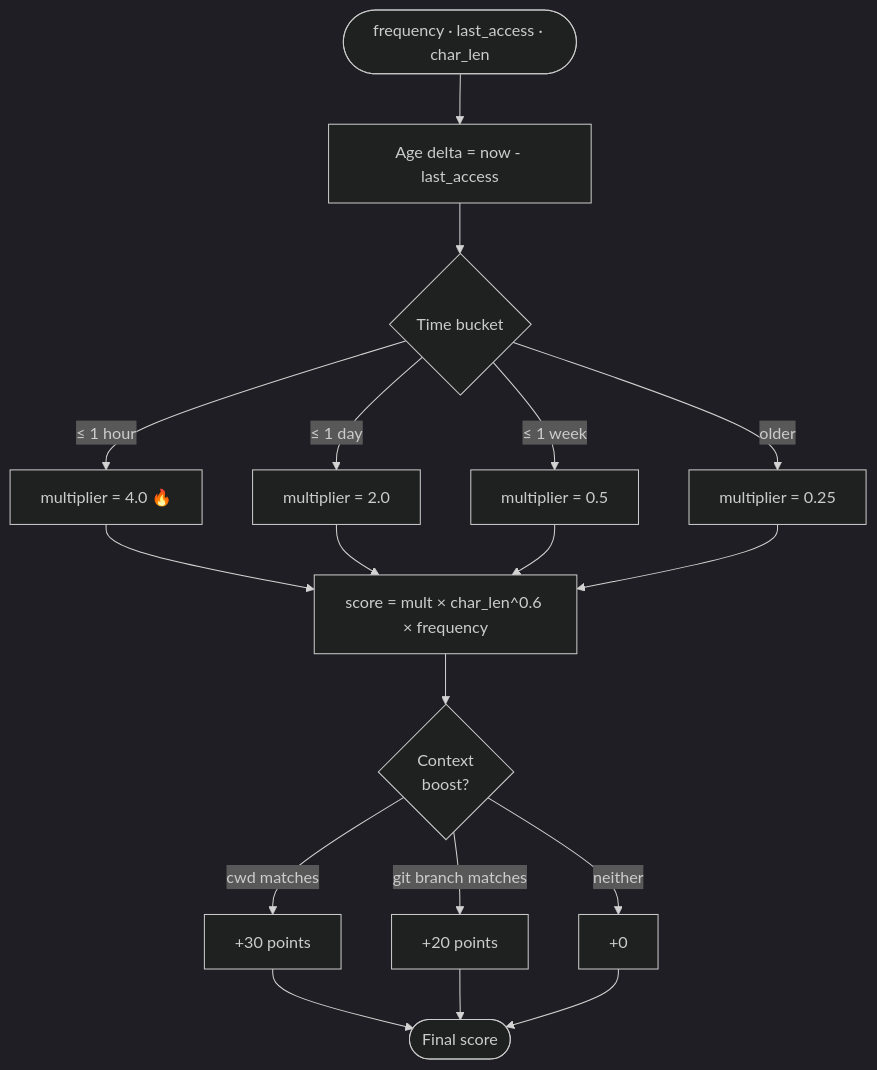
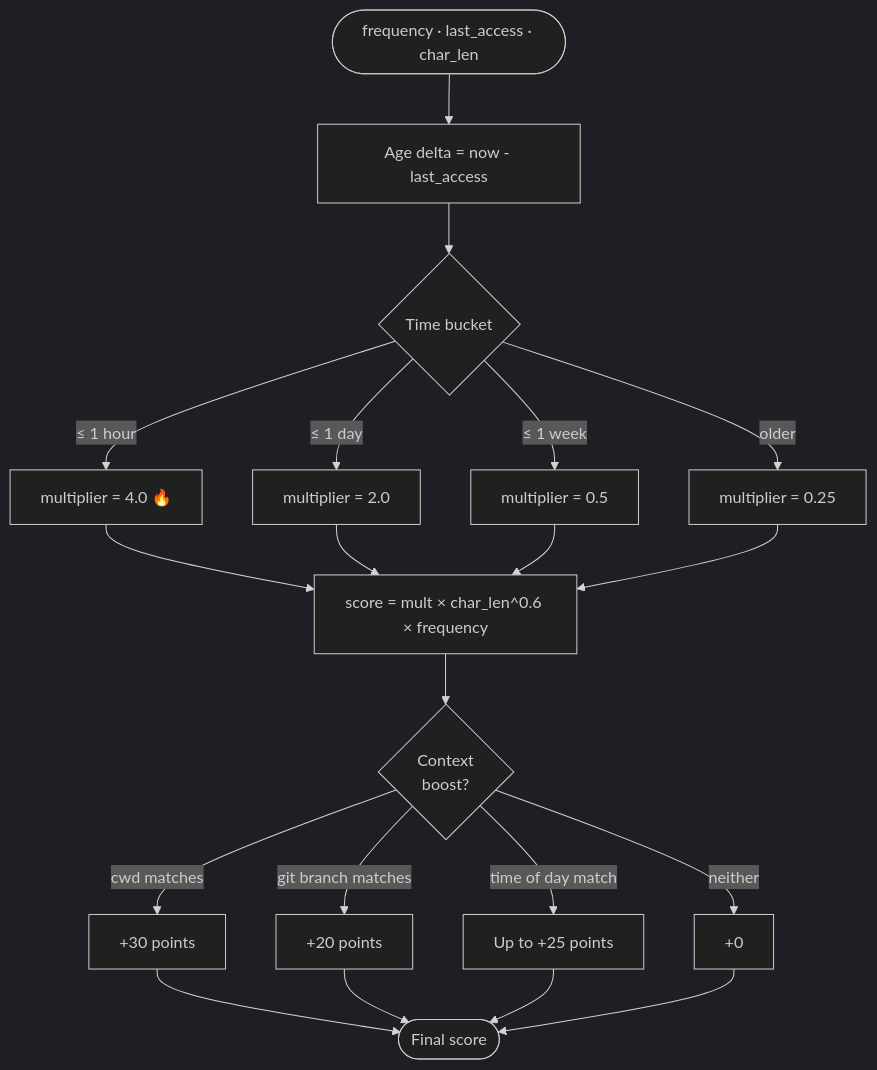
One commit to miniCoder6/AlmanX-SIE changed diagram 15 of 16 in README.md. Above: the diagram before and after it, drawn with Mermaid (dark theme). The commit also changed other lines of this file and 17 other files, not shown here.

````diff
--- a/README.md
+++ b/README.md
@@ -475,23 +472,25 @@
 ```mermaid
 flowchart TD
     INPUTS([frequency · last_access · char_len]) --> AGE[Age delta = now - last_access]
     AGE --> MULT{Time bucket}
     MULT -->|≤ 1 hour| M4["multiplier = 4.0 🔥"]
     MULT -->|≤ 1 day| M2["multiplier = 2.0"]
     MULT -->|≤ 1 week| M05["multiplier = 0.5"]
     MULT -->|older| M025["multiplier = 0.25"]
 
     M4 --> FORMULA["score = mult × char_len^0.6 × frequency"]
     M2 --> FORMULA
     M05 --> FORMULA
     M025 --> FORMULA
 
     FORMULA --> BOOST{Context\nboost?}
     BOOST -->|cwd matches| CWD["+30 points"]
     BOOST -->|git branch matches| BRANCH["+20 points"]
+    BOOST -->|time of day match| TIME["Up to +25 points"]
     BOOST -->|neither| PLAIN["+0"]
 
     CWD --> FINAL([Final score])
     BRANCH --> FINAL
+    TIME --> FINAL
     PLAIN --> FINAL
 ```
````
